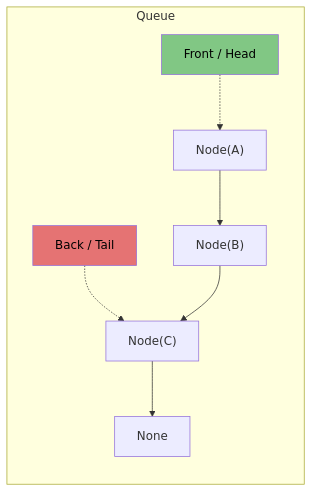
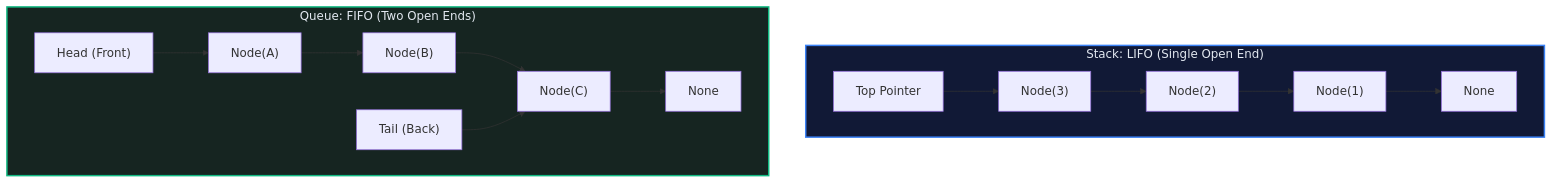
The diagram in 00 - Fundamentals/005 - Queue and Stack/queue_and_stack_walkthrough.md (vadde/DSA), drawn with Mermaid before and after one commit. The commit also changed other lines of this file and 1 other file, not shown here.

Commit message:
docs(fundamentals): upgrade Queue & Stack and Linked List guides to Level 100-500

````diff
--- a/00 - Fundamentals/005 - Queue and Stack/queue_and_stack_walkthrough.md
+++ b/00 - Fundamentals/005 - Queue and Stack/queue_and_stack_walkthrough.md
@@ -51,14 +59,20 @@
 ```mermaid
-flowchart LR
-    subgraph Queue
-    F[Front / Head] -.-> N1
-    B[Back / Tail] -.-> N3
-    
-    N1["Node(A)"] --> N2["Node(B)"]
-    N2 --> N3["Node(C)"]
-    N3 --> Null["None"]
+flowchart TD
+    subgraph S["Stack: LIFO (Single Open End)"]
+        Top["Top Pointer"] --> N3["Node(3)"]
+        N3 --> N2["Node(2)"]
+        N2 --> N1["Node(1)"]
+        N1 --> SNull["None"]
     end
-    
-    style F fill:#81c784,color:#000
-    style B fill:#e57373,color:#000
+
+    subgraph Q["Queue: FIFO (Two Open Ends)"]
+        Head["Head (Front)"] --> Q1["Node(A)"]
+        Q1 --> Q2["Node(B)"]
+        Q2 --> Q3["Node(C)"]
+        Tail["Tail (Back)"] --> Q3
+        Q3 --> QNull["None"]
+    end
+
+    style S fill:#111936,color:#e2e8f0,stroke:#3b82f6,stroke-width:2px
+    style Q fill:#162521,color:#e2e8f0,stroke:#10b981,stroke-width:2px
 ```
````
